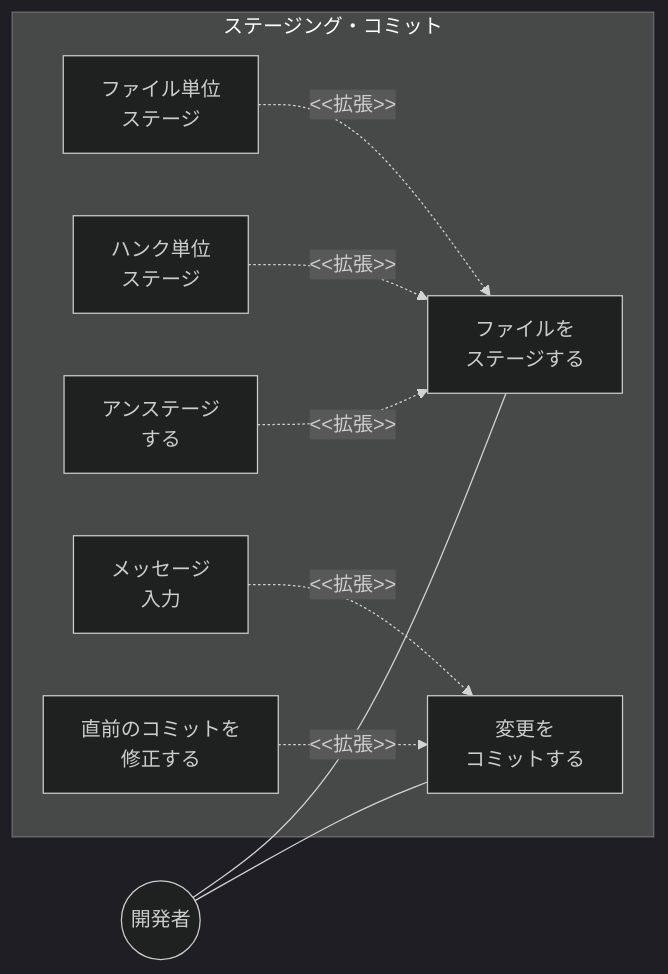
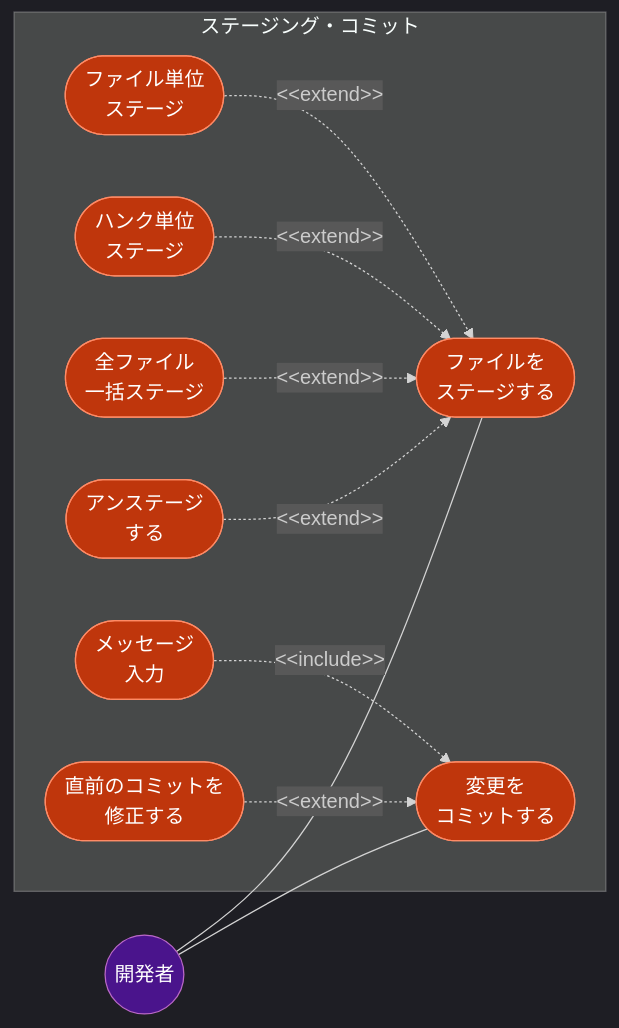
Before and after one commit to ToshikiImagawa/Buruma: the second of 6 diagrams in .sdd/requirement/basic-git-operations.md, drawn with Mermaid. The commit also changed other lines of this file and 2 other files, not shown here.

````diff
--- a/.sdd/requirement/basic-git-operations.md
+++ b/.sdd/requirement/basic-git-operations.md
@@ -87,23 +109,31 @@
 ```mermaid
 %%{init: {'theme': 'dark'}}%%
 flowchart LR
     Developer((開発者))
 
-    subgraph StageCommit["ステージング・コミット"]
-        Stage["ファイルを<br/>ステージする"]
-        StageFile["ファイル単位<br/>ステージ"]
-        StageHunk["ハンク単位<br/>ステージ"]
-        Unstage["アンステージ<br/>する"]
-        Commit["変更を<br/>コミットする"]
-        EditMessage["メッセージ<br/>入力"]
-        AmendCommit["直前のコミットを<br/>修正する"]
+    subgraph StageCommit ["ステージング・コミット"]
+        Stage(["ファイルを<br/>ステージする"])
+        StageFile(["ファイル単位<br/>ステージ"])
+        StageHunk(["ハンク単位<br/>ステージ"])
+        StageAll(["全ファイル<br/>一括ステージ"])
+        Unstage(["アンステージ<br/>する"])
+        Commit(["変更を<br/>コミットする"])
+        EditMessage(["メッセージ<br/>入力"])
+        AmendCommit(["直前のコミットを<br/>修正する"])
     end
 
     Developer --- Stage
     Developer --- Commit
-    StageFile -.->|"<<拡張>>"| Stage
-    StageHunk -.->|"<<拡張>>"| Stage
-    Unstage -.->|"<<拡張>>"| Stage
-    EditMessage -.->|"<<拡張>>"| Commit
-    AmendCommit -.->|"<<拡張>>"| Commit
+    StageFile -.->|"&lt;&lt;extend&gt;&gt;"| Stage
+    StageHunk -.->|"&lt;&lt;extend&gt;&gt;"| Stage
+    StageAll -.->|"&lt;&lt;extend&gt;&gt;"| Stage
+    Unstage -.->|"&lt;&lt;extend&gt;&gt;"| Stage
+    EditMessage -.->|"&lt;&lt;include&gt;&gt;"| Commit
+    AmendCommit -.->|"&lt;&lt;extend&gt;&gt;"| Commit
+
+    classDef actor fill:#4a148c,stroke:#ba68c8,color:#fff
+    classDef usecase fill:#bf360c,stroke:#ff8a65,color:#fff
+
+    class Developer actor
+    class Stage,StageFile,StageHunk,StageAll,Unstage,Commit,EditMessage,AmendCommit usecase
 ```
````
